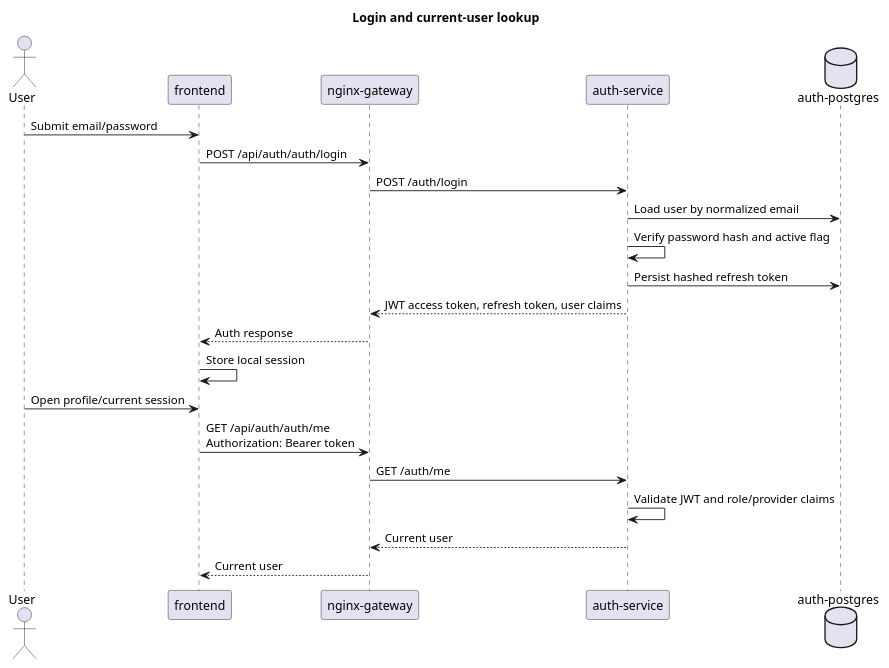
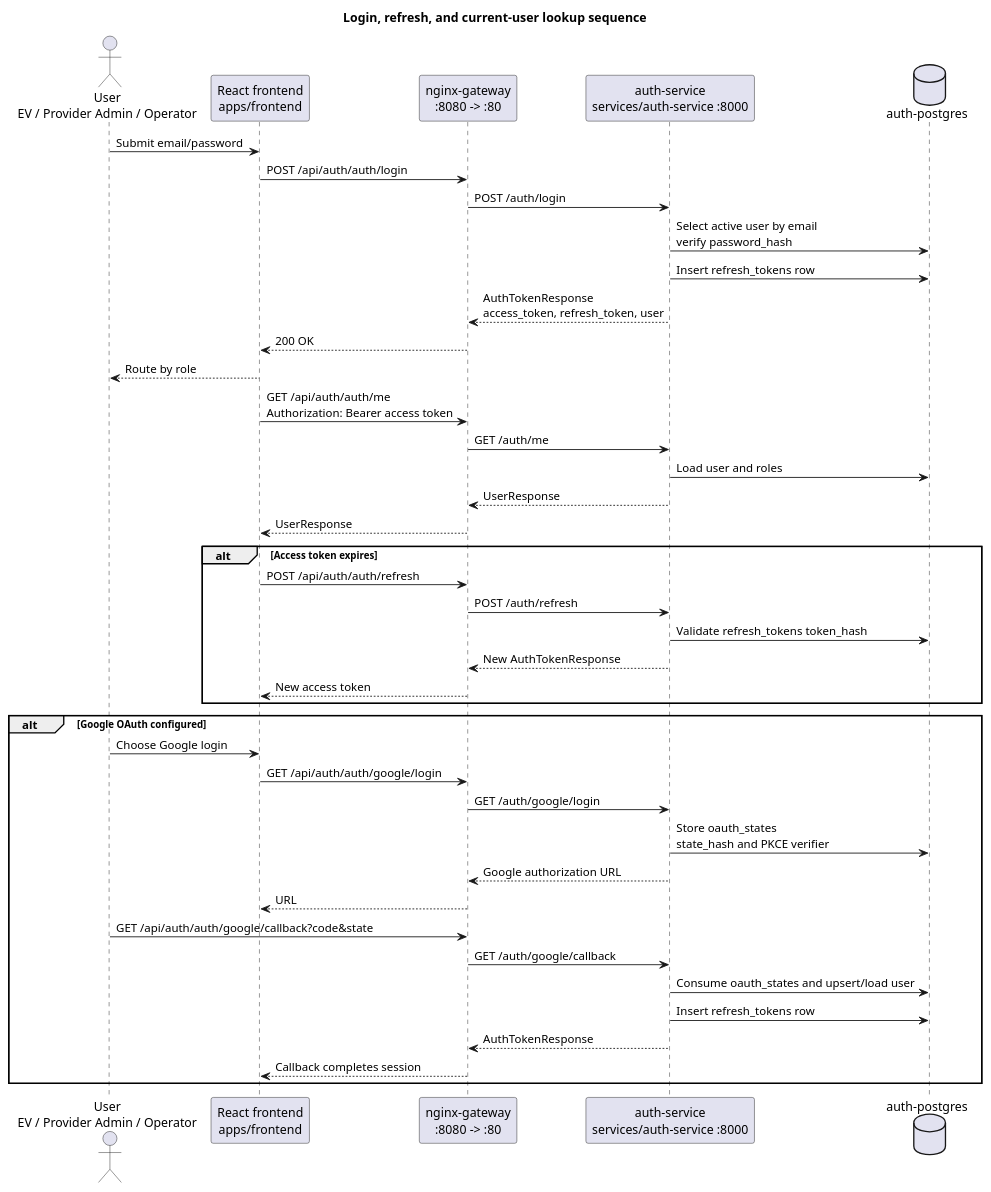
The diagram in docs/diagrams/final/sequence-login.puml (ntua-el21026/ntua-saasplug), drawn with PlantUML before and after one commit. The commit also changed 48 other files, not shown here.

Commit message:
Update diagrams and documentation

```diff
--- a/docs/diagrams/final/sequence-login.puml
+++ b/docs/diagrams/final/sequence-login.puml
@@ -1,27 +1,49 @@
 @startuml
-title Login and current-user lookup
+title Login, refresh, and current-user lookup sequence
+skinparam shadowing false
 
-actor User
-participant "frontend" as Frontend
-participant "nginx-gateway" as Gateway
-participant "auth-service" as Auth
+actor "User\nEV / Provider Admin / Operator" as User
+participant "React frontend\napps/frontend" as Frontend
+participant "nginx-gateway\n:8080 -> :80" as Gateway
+participant "auth-service\nservices/auth-service :8000" as Auth
 database "auth-postgres" as AuthDb
 
 User -> Frontend : Submit email/password
 Frontend -> Gateway : POST /api/auth/auth/login
 Gateway -> Auth : POST /auth/login
-Auth -> AuthDb : Load user by normalized email
-Auth -> Auth : Verify password hash and active flag
-Auth -> AuthDb : Persist hashed refresh token
-Auth --> Gateway : JWT access token, refresh token, user claims
-Gateway --> Frontend : Auth response
-Frontend -> Frontend : Store local session
+Auth -> AuthDb : Select active user by email\nverify password_hash
+Auth -> AuthDb : Insert refresh_tokens row
+Auth --> Gateway : AuthTokenResponse\naccess_token, refresh_token, user
+Gateway --> Frontend : 200 OK
+Frontend --> User : Route by role
 
-User -> Frontend : Open profile/current session
-Frontend -> Gateway : GET /api/auth/auth/me\nAuthorization: Bearer token
+Frontend -> Gateway : GET /api/auth/auth/me\nAuthorization: Bearer access token
 Gateway -> Auth : GET /auth/me
-Auth -> Auth : Validate JWT and role/provider claims
-Auth --> Gateway : Current user
-Gateway --> Frontend : Current user
+Auth -> AuthDb : Load user and roles
+Auth --> Gateway : UserResponse
+Gateway --> Frontend : UserResponse
+
+alt Access token expires
+  Frontend -> Gateway : POST /api/auth/auth/refresh
+  Gateway -> Auth : POST /auth/refresh
+  Auth -> AuthDb : Validate refresh_tokens token_hash
+  Auth --> Gateway : New AuthTokenResponse
+  Gateway --> Frontend : New access token
+end
+
+alt Google OAuth configured
+  User -> Frontend : Choose Google login
+  Frontend -> Gateway : GET /api/auth/auth/google/login
+  Gateway -> Auth : GET /auth/google/login
+  Auth -> AuthDb : Store oauth_states\nstate_hash and PKCE verifier
+  Auth --> Gateway : Google authorization URL
+  Gateway --> Frontend : URL
+  User -> Gateway : GET /api/auth/auth/google/callback?code&state
+  Gateway -> Auth : GET /auth/google/callback
+  Auth -> AuthDb : Consume oauth_states and upsert/load user
+  Auth -> AuthDb : Insert refresh_tokens row
+  Auth --> Gateway : AuthTokenResponse
+  Gateway --> Frontend : Callback completes session
+end
 
 @enduml
```
